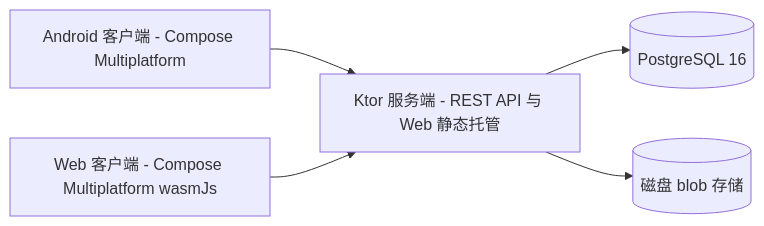
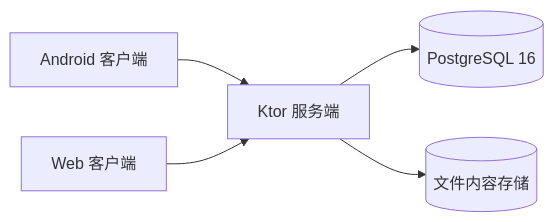
Before and after one commit to linanwanttodo/BareZen-Drive: the diagram in README.zh-CN.md, drawn with Mermaid. The commit also changed other lines of this file and 7 other files, not shown here.

````diff
--- a/README.zh-CN.md
+++ b/README.zh-CN.md
@@ -95,7 +52,7 @@
 ```mermaid
 flowchart LR
-  A[Android 客户端 - Compose Multiplatform] --> S[Ktor 服务端 - REST API 与 Web 静态托管]
-  W[Web 客户端 - Compose Multiplatform wasmJs] --> S
+  A[Android 客户端] --> S[Ktor 服务端]
+  W[Web 客户端] --> S
   S --> D[(PostgreSQL 16)]
-  S --> B[(磁盘 blob 存储)]
+  S --> B[(文件内容存储)]
 ```
````
